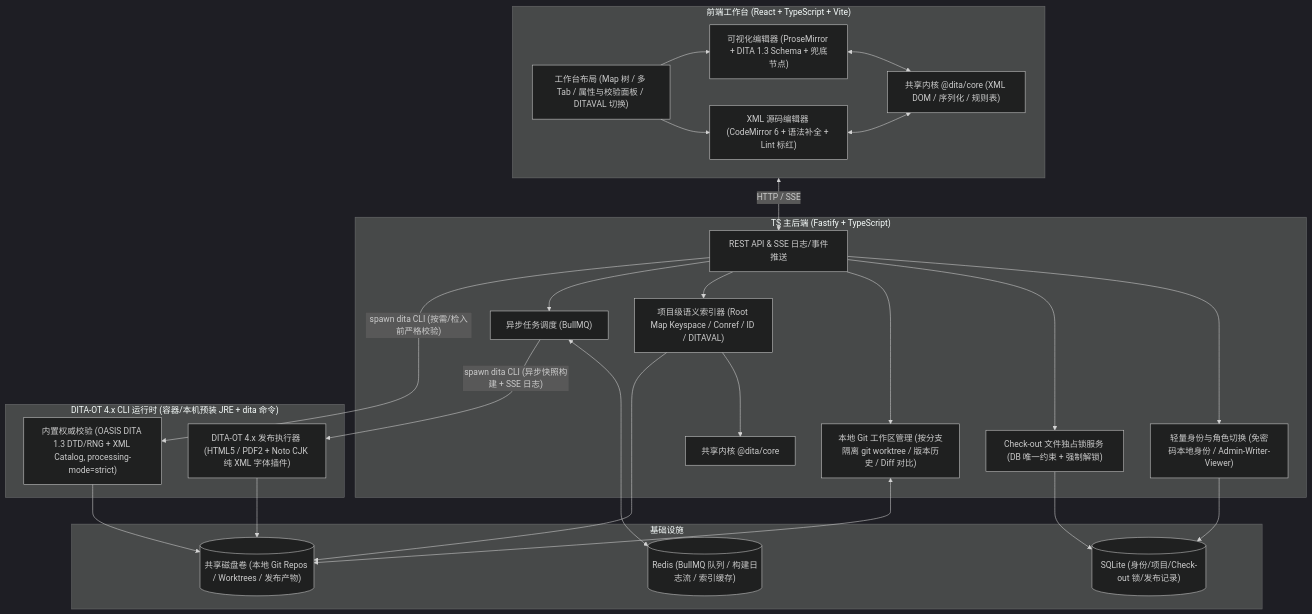
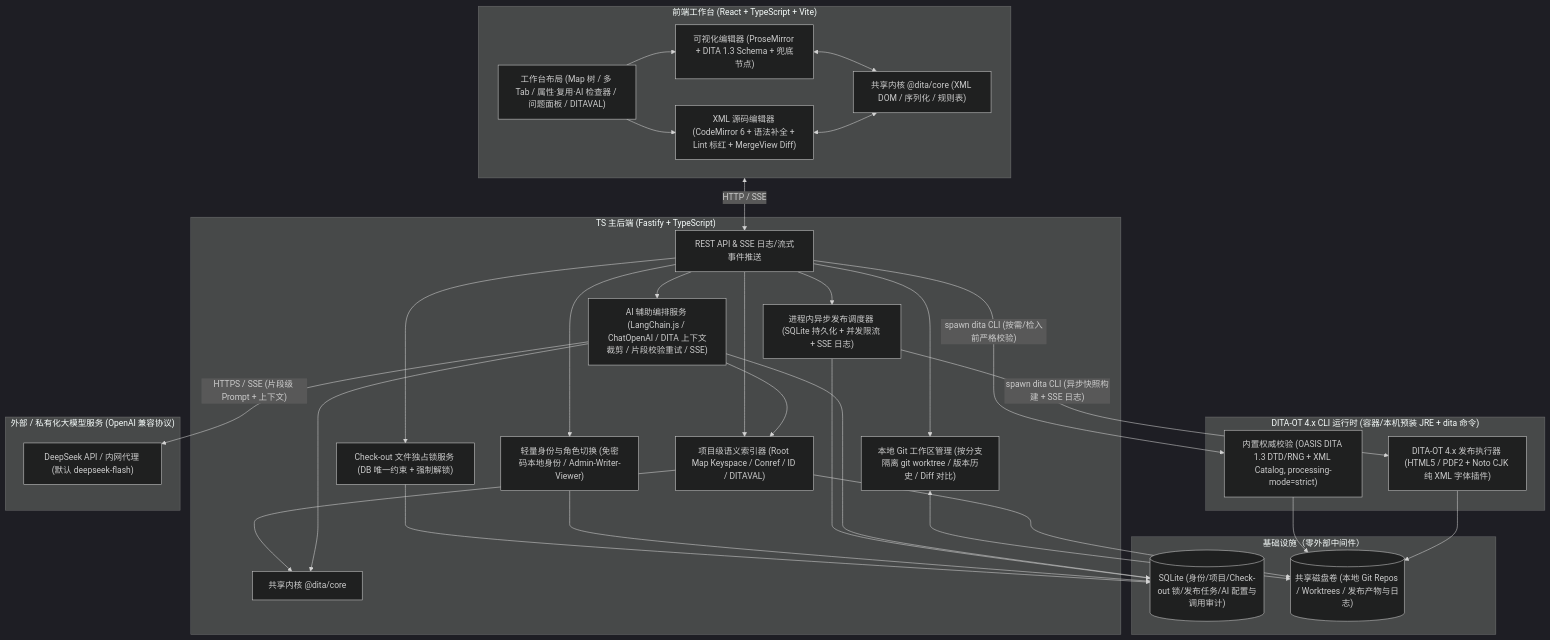
Before and after one commit to Ericfeng84/DITAEditor: the first of 2 diagrams in docs/architecture-and-plan.md, drawn with Mermaid (dark theme). The commit also changed other lines of this file and 57 other files, not shown here.

````diff
--- a/docs/architecture-and-plan.md
+++ b/docs/architecture-and-plan.md
@@ -30,51 +31,60 @@
 ```mermaid
 flowchart TB
     subgraph Client["前端工作台 (React + TypeScript + Vite)"]
-        UI["工作台布局 (Map 树 / 多 Tab / 属性与校验面板 / DITAVAL 切换)"]
+        UI["工作台布局 (Map 树 / 多 Tab / 属性·复用·AI 检查器 / 问题面板 / DITAVAL)"]
         PM["可视化编辑器 (ProseMirror + DITA 1.3 Schema + 兜底节点)"]
-        CM["XML 源码编辑器 (CodeMirror 6 + 语法补全 + Lint 标红)"]
+        CM["XML 源码编辑器 (CodeMirror 6 + 语法补全 + Lint 标红 + MergeView Diff)"]
         CoreFE["共享内核 @dita/core (XML DOM / 序列化 / 规则表)"]
         UI --> PM
         UI --> CM
         PM <--> CoreFE
         CM <--> CoreFE
     end
 
     subgraph Server["TS 主后端 (Fastify + TypeScript)"]
-        API["REST API & SSE 日志/事件推送"]
+        API["REST API & SSE 日志/流式事件推送"]
         Auth["轻量身份与角色切换 (免密码本地身份 / Admin-Writer-Viewer)"]
         Lock["Check-out 文件独占锁服务 (DB 唯一约束 + 强制解锁)"]
         GitMgr["本地 Git 工作区管理 (按分支隔离 git worktree / 版本历史 / Diff 对比)"]
         Indexer["项目级语义索引器 (Root Map Keyspace / Conref / ID / DITAVAL)"]
-        Queue["异步任务调度 (BullMQ)"]
+        Queue["进程内异步发布调度器 (SQLite 持久化 + 并发限流 + SSE 日志)"]
+        AISvc["AI 辅助编排服务 (LangChain.js / ChatOpenAI / DITA 上下文裁剪 / 片段校验重试 / SSE)"]
         CoreBE["共享内核 @dita/core"]
         API --> Auth
         API --> Lock
         API --> GitMgr
         API --> Indexer
         API --> Queue
+        API --> AISvc
         Indexer --> CoreBE
+        AISvc --> CoreBE
+        AISvc --> Indexer
     end
 
     subgraph DitaCLI["DITA-OT 4.x CLI 运行时 (容器/本机预装 JRE + dita 命令)"]
         ValSvc["内置权威校验 (OASIS DITA 1.3 DTD/RNG + XML Catalog, processing-mode=strict)"]
         PubSvc["DITA-OT 4.x 发布执行器 (HTML5 / PDF2 + Noto CJK 纯 XML 字体插件)"]
     end
 
-    subgraph Infra["基础设施"]
-        DB[("SQLite (身份/项目/Check-out 锁/发布记录)")]
-        Redis[("Redis (BullMQ 队列 / 构建日志流 / 索引缓存)")]
-        FS[("共享磁盘卷 (本地 Git Repos / Worktrees / 发布产物)")]
+    subgraph LLM["外部 / 私有化大模型服务 (OpenAI 兼容协议)"]
+        DeepSeek["DeepSeek API / 内网代理 (默认 deepseek-flash)"]
+    end
+
+    subgraph Infra["基础设施（零外部中间件）"]
+        DB[("SQLite (身份/项目/Check-out 锁/发布任务/AI 配置与调用审计)")]
+        FS[("共享磁盘卷 (本地 Git Repos / Worktrees / 发布产物与日志)")]
     end
 
     Client <-->|"HTTP / SSE"| API
     Lock --> DB
     Auth --> DB
-    Queue <--> Redis
+    Queue --> DB
+    AISvc --> DB
+    AISvc -->|"HTTPS / SSE (片段级 Prompt + 上下文)"| DeepSeek
     GitMgr <--> FS
     Indexer --> FS
     API -->|"spawn dita CLI (按需/检入前严格校验)"| ValSvc
     Queue -->|"spawn dita CLI (异步快照构建 + SSE 日志)"| PubSvc
     ValSvc --> FS
     PubSvc --> FS
 ```
````
